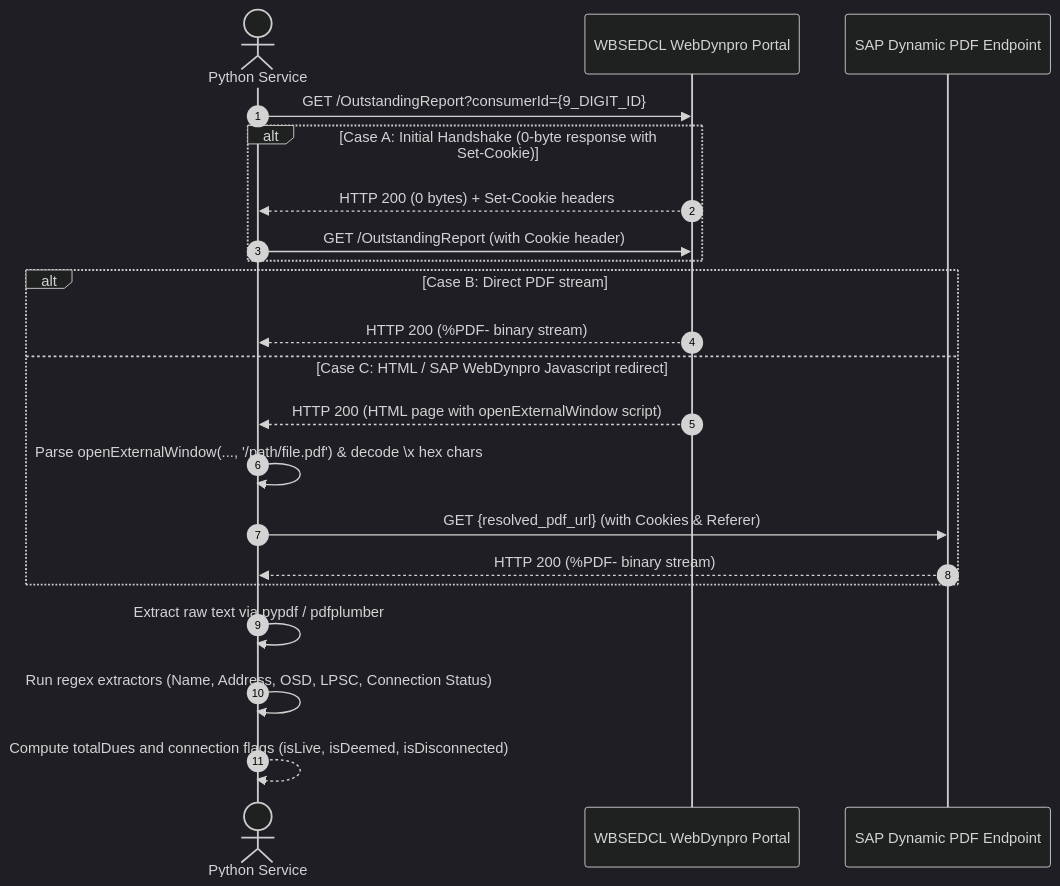
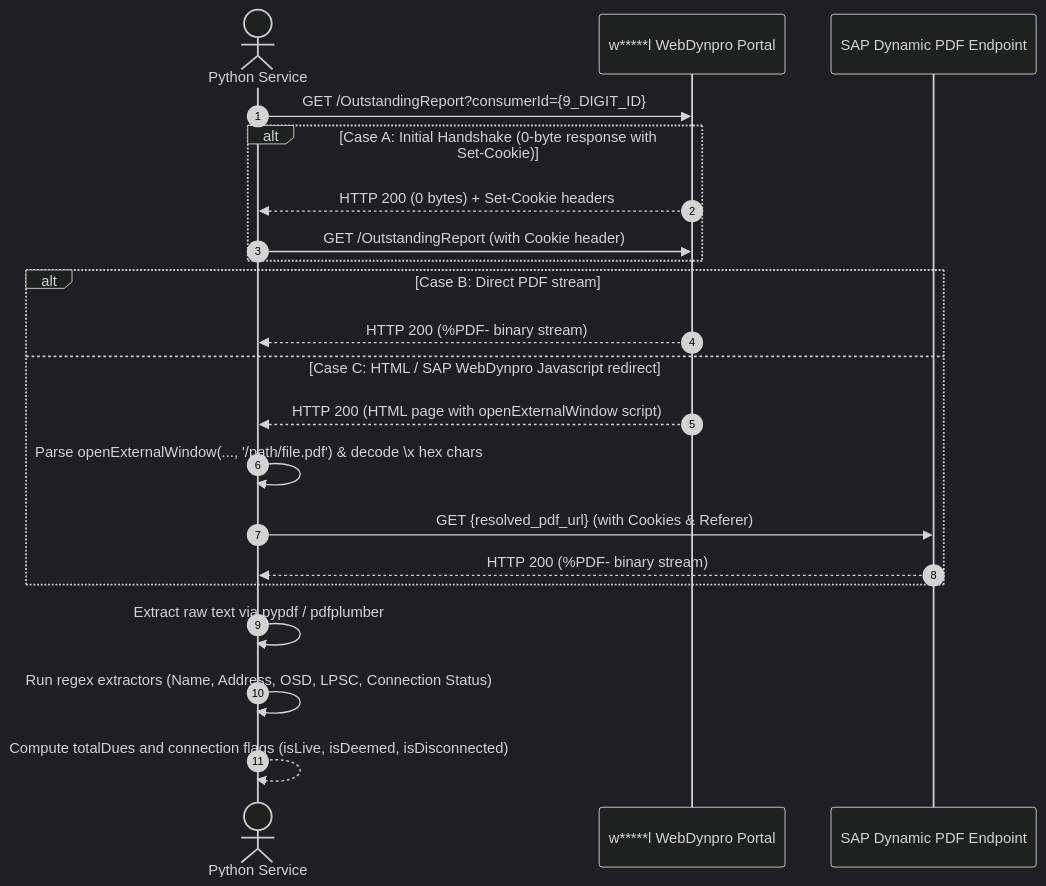
Before and after one commit to Hackers-lab/SpotImageViewer: the diagram in LIVE_OSD_INTEGRATION_GUIDE.md, drawn with Mermaid (dark theme). The commit also changed other lines of this file and 1 other file, not shown here.

Commit message:
docs: replace wbsedcl with w*****l

````diff
--- a/LIVE_OSD_INTEGRATION_GUIDE.md
+++ b/LIVE_OSD_INTEGRATION_GUIDE.md
@@ -11,26 +11,26 @@
 ```mermaid
 sequenceDiagram
     autonumber
     actor Python as Python Service
-    participant Portal as WBSEDCL WebDynpro Portal
+    participant Portal as w*****l WebDynpro Portal
     participant PDF as SAP Dynamic PDF Endpoint
 
     Python->>Portal: GET /OutstandingReport?consumerId={9_DIGIT_ID}
     alt Case A: Initial Handshake (0-byte response with Set-Cookie)
         Portal-->>Python: HTTP 200 (0 bytes) + Set-Cookie headers
         Python->>Portal: GET /OutstandingReport (with Cookie header)
     end
 
     alt Case B: Direct PDF stream
         Portal-->>Python: HTTP 200 (%PDF- binary stream)
     else Case C: HTML / SAP WebDynpro Javascript redirect
         Portal-->>Python: HTTP 200 (HTML page with openExternalWindow script)
         Python->>Python: Parse openExternalWindow(..., '/path/file.pdf') & decode \x hex chars
         Python->>PDF: GET {resolved_pdf_url} (with Cookies & Referer)
         PDF-->>Python: HTTP 200 (%PDF- binary stream)
     end
 
     Python->>Python: Extract raw text via pypdf / pdfplumber
     Python->>Python: Run regex extractors (Name, Address, OSD, LPSC, Connection Status)
     Python-->>Python: Compute totalDues and connection flags (isLive, isDeemed, isDisconnected)
 ```
````
